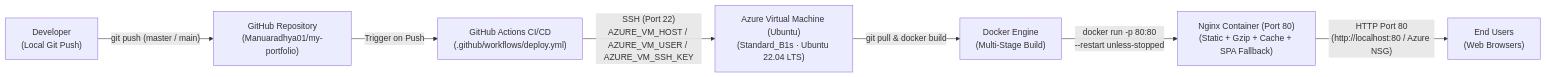
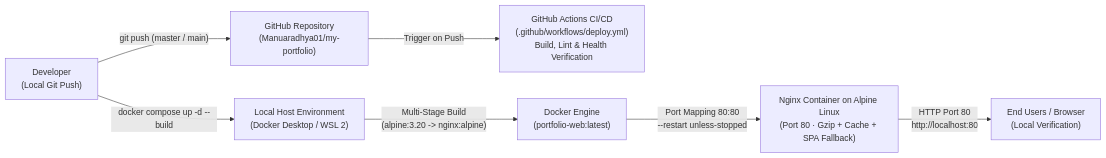
The diagram in Cloud_Deployment_Report.md (Manuaradhya01/my-portfolio), drawn with Mermaid before and after one commit. The commit also changed other lines of this file and 1 other file, not shown here.

Commit message:
Update report to reflect local Docker architecture instead of Azure

````diff
--- a/Cloud_Deployment_Report.md
+++ b/Cloud_Deployment_Report.md
@@ -46,9 +48,9 @@
 ```mermaid
 flowchart LR
     DEV["Developer<br/>(Local Git Push)"] -->|"git push (master / main)"| GH["GitHub Repository<br/>(Manuaradhya01/my-portfolio)"]
-    GH -->|"Trigger on Push"| GHA["GitHub Actions CI/CD<br/>(.github/workflows/deploy.yml)"]
-    GHA -->|"SSH (Port 22)<br/>AZURE_VM_HOST / AZURE_VM_USER / AZURE_VM_SSH_KEY"| VM["Azure Virtual Machine (Ubuntu)<br/>(Standard_B1s · Ubuntu 22.04 LTS)"]
-    VM -->|"git pull & docker build"| DOCKER["Docker Engine<br/>(Multi-Stage Build)"]
-    DOCKER -->|"docker run -p 80:80<br/>--restart unless-stopped"| NGINX["Nginx Container (Port 80)<br/>(Static + Gzip + Cache + SPA Fallback)"]
-    NGINX -->|"HTTP Port 80<br/>(http://localhost:80 / Azure NSG)"| USERS["End Users<br/>(Web Browsers)"]
+    GH -->|"Trigger on Push"| GHA["GitHub Actions CI/CD<br/>(.github/workflows/deploy.yml)<br/>Build, Lint & Health Verification"]
+    DEV -->|"docker compose up -d --build"| HOST["Local Host Environment<br/>(Docker Desktop / WSL 2)"]
+    HOST -->|"Multi-Stage Build<br/>(alpine:3.20 -> nginx:alpine)"| DOCKER["Docker Engine<br/>(portfolio-web:latest)"]
+    DOCKER -->|"Port Mapping 80:80<br/>--restart unless-stopped"| NGINX["Nginx Container on Alpine Linux<br/>(Port 80 · Gzip + Cache + SPA Fallback)"]
+    NGINX -->|"HTTP Port 80<br/>http://localhost:80"| USERS["End Users / Browser<br/>(Local Verification)"]
 ```
````
